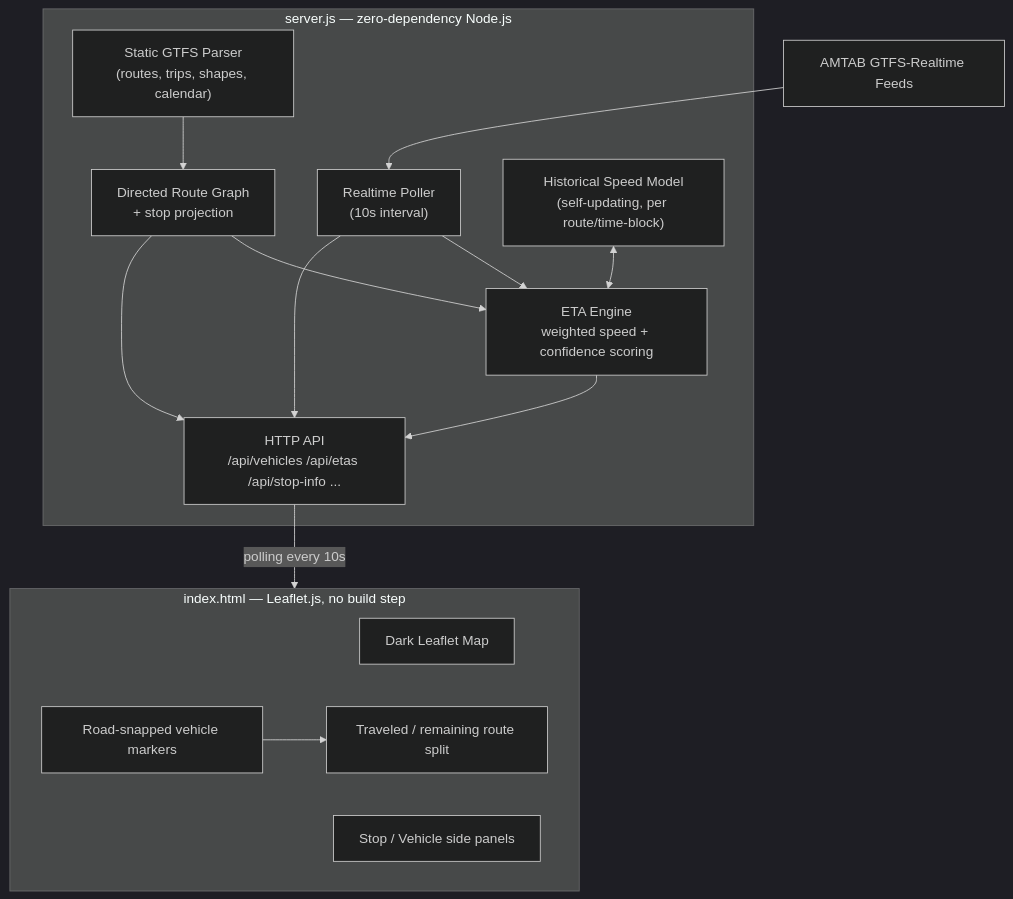
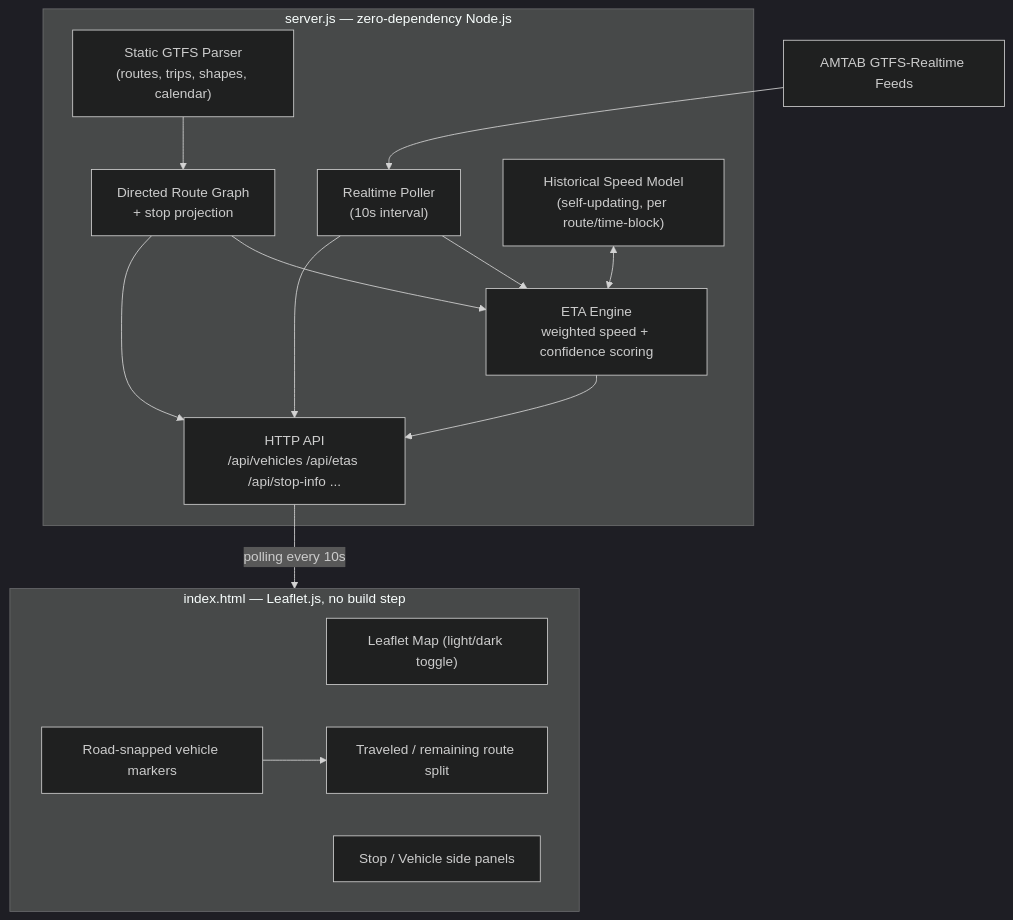
One commit to pancake37/bari-bus-map changed the diagram in README.md. Above: the diagram before and after it, drawn with Mermaid (dark theme). The commit also changed other lines of this file, not shown here.

First line of the commit message:
Revise README for light/dark theme and project updates

````diff
--- a/README.md
+++ b/README.md
@@ -40,30 +41,30 @@
 ```mermaid
 flowchart TB
     subgraph Backend["server.js — zero-dependency Node.js"]
         GTFS["Static GTFS Parser\n(routes, trips, shapes, calendar)"]
         Graph["Directed Route Graph\n+ stop projection"]
         RT["Realtime Poller\n(10s interval)"]
         ETA["ETA Engine\nweighted speed + confidence scoring"]
         Hist["Historical Speed Model\n(self-updating, per route/time-block)"]
         API["HTTP API\n/api/vehicles /api/etas /api/stop-info ..."]
 
         GTFS --> Graph
         RT --> ETA
         Graph --> ETA
         Hist <--> ETA
         ETA --> API
         Graph --> API
         RT --> API
     end
 
     subgraph Frontend["index.html — Leaflet.js, no build step"]
-        Map["Dark Leaflet Map"]
+        Map["Leaflet Map (light/dark toggle)"]
         Markers["Road-snapped vehicle markers"]
         Panel["Stop / Vehicle side panels"]
         Line["Traveled / remaining route split"]
     end
 
     AMTAB["AMTAB GTFS-Realtime Feeds"] --> RT
     API -->|polling every 10s| Frontend
     Markers --> Line
 ```
````
